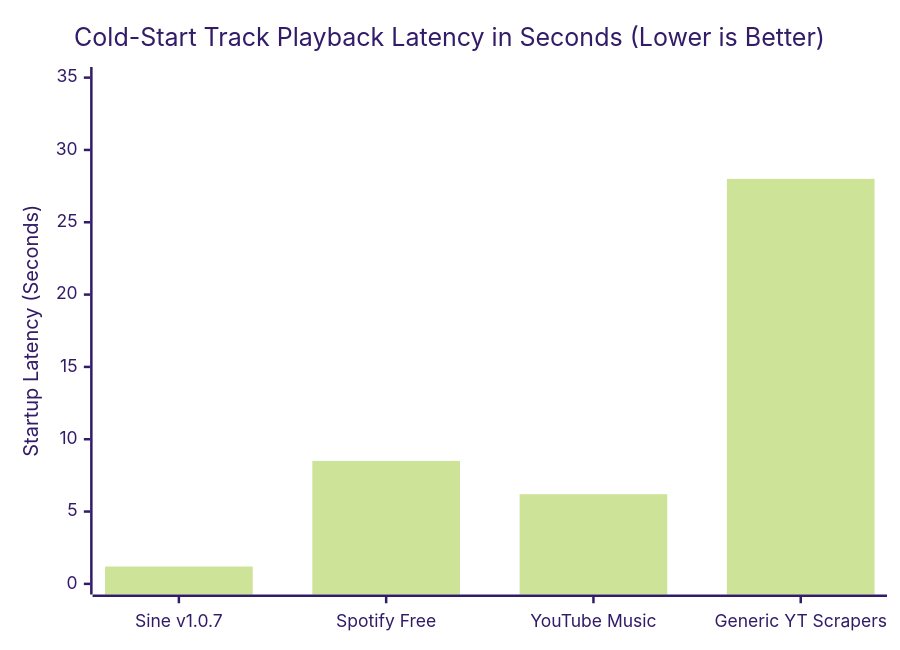
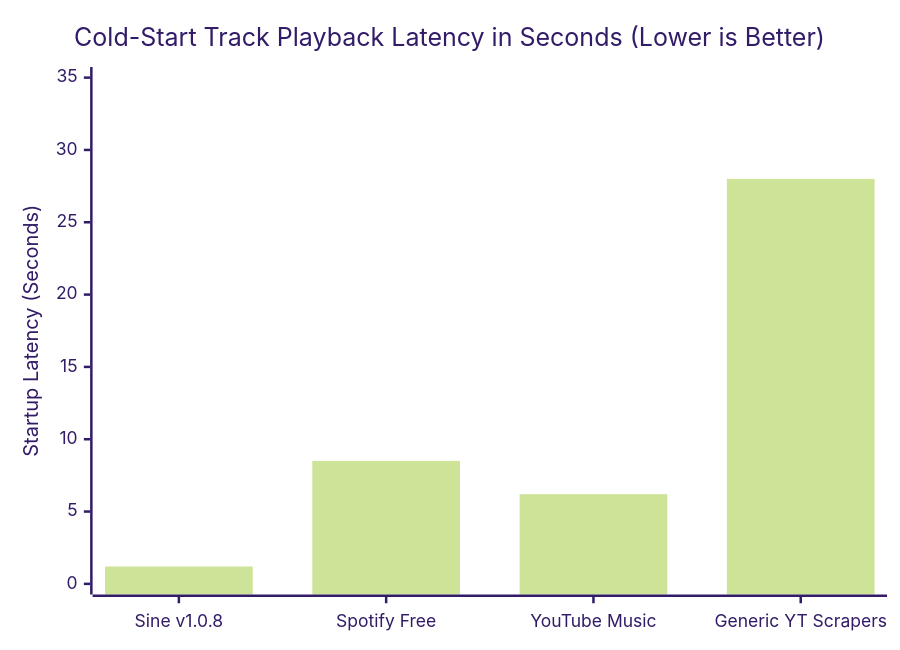
Before and after one commit to taezeem14/PulsePipe: the third of 5 diagrams in README.md, drawn with Mermaid (forest theme). The commit also changed other lines of this file and 11 other files, not shown here.

````diff
--- a/README.md
+++ b/README.md
@@ -131,7 +132,7 @@
 ```mermaid
 xychart-beta
     title "Cold-Start Track Playback Latency in Seconds (Lower is Better)"
-    x-axis ["Sine v1.0.7", "Spotify Free", "YouTube Music", "Generic YT Scrapers"]
+    x-axis ["Sine v1.0.8", "Spotify Free", "YouTube Music", "Generic YT Scrapers"]
     y-axis "Startup Latency (Seconds)" 0 --> 35
     bar [1.2, 8.5, 6.2, 28.0]
 ```
````
